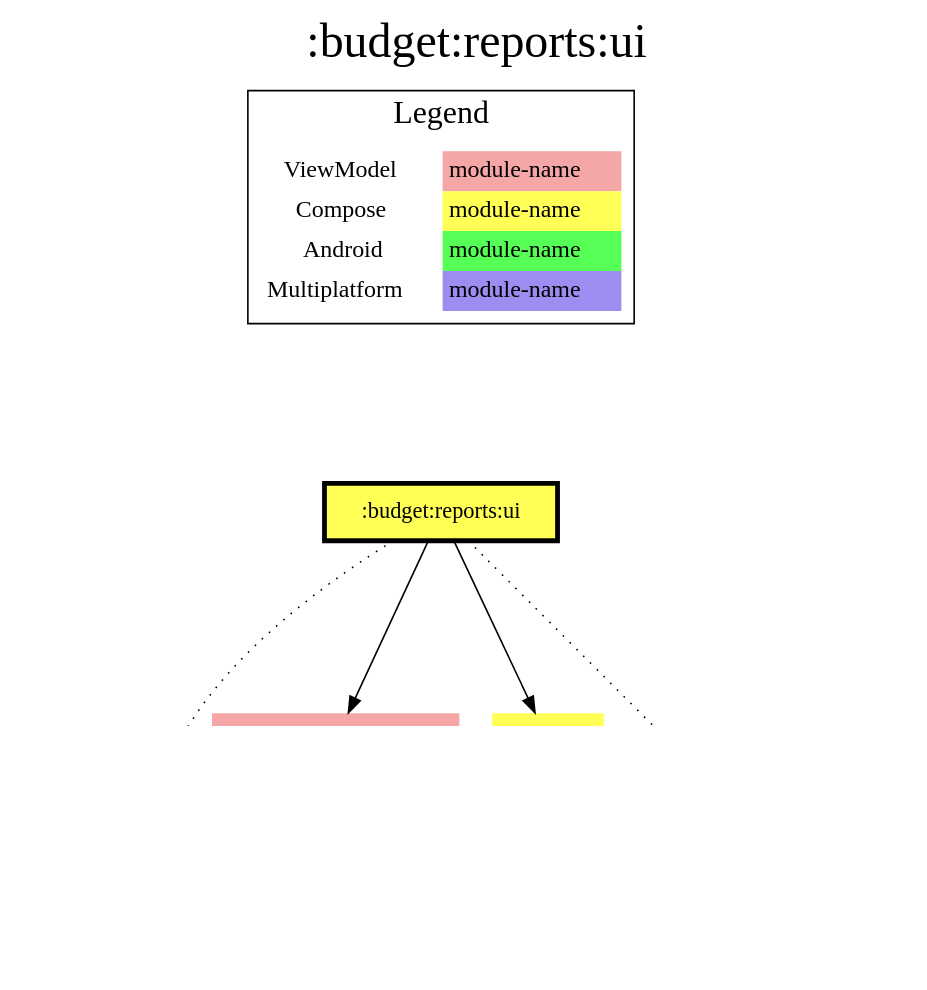
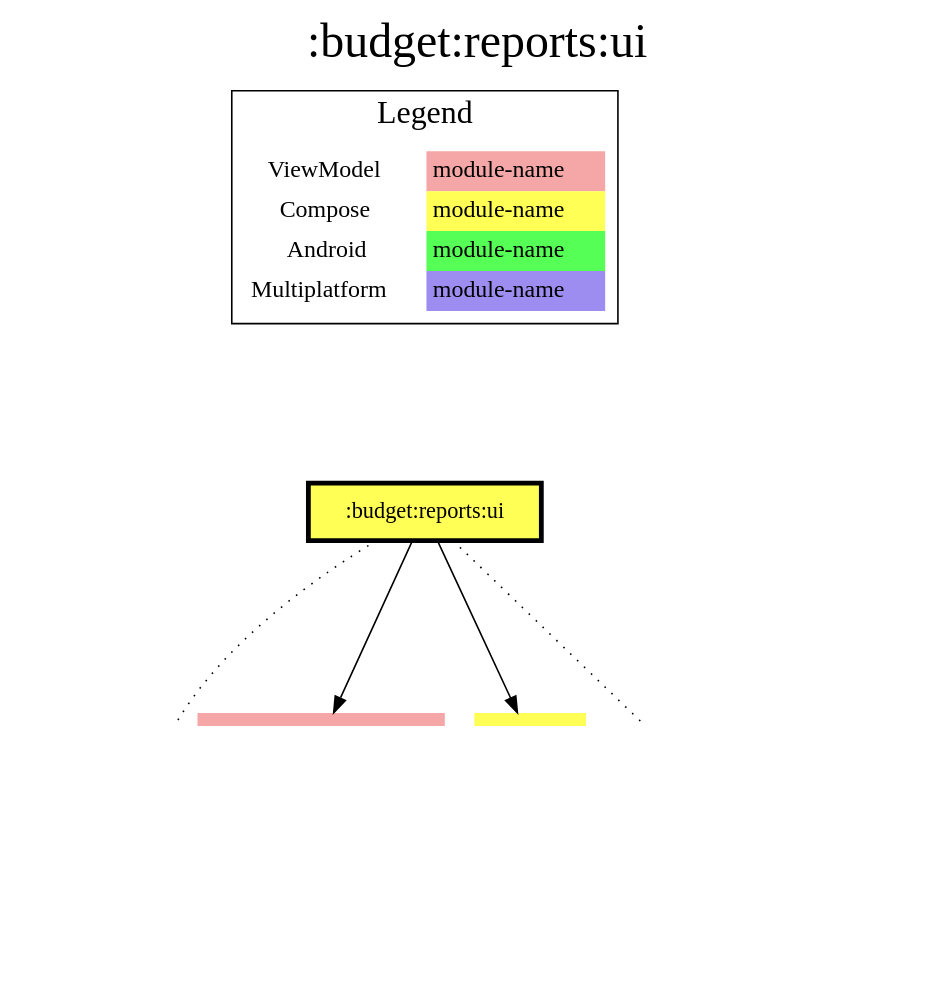
The diagram in modules/budget/reports/ui/modules.dot (jonapoul/aktual), drawn with Graphviz before and after one commit. The commit also changed 35 other files, not shown here.

```diff
--- a/modules/budget/reports/ui/modules.dot
+++ b/modules/budget/reports/ui/modules.dot
@@ -1,40 +1,41 @@
 digraph {
 edge ["dir"="forward"]
 graph ["dpi"="100","label"=":budget:reports:ui","labelloc"="t","fontsize"="30","ranksep"="1.5","rankdir"="TB"]
 node ["style"="filled"]
 ":account:model" ["fillcolor"="#9D8DF1","shape"="none"]
 ":budget:model" ["fillcolor"="#9D8DF1","shape"="none"]
 ":budget:reports:ui" ["fillcolor"="#FFFF55","color"="black","penwidth"="3","shape"="box"]
 ":budget:reports:vm" ["fillcolor"="#F5A6A6","shape"="none"]
 ":core:android" ["fillcolor"="#55FF55","shape"="none"]
 ":core:model" ["fillcolor"="#9D8DF1","shape"="none"]
 ":core:ui" ["fillcolor"="#FFFF55","shape"="none"]
 ":l10n" ["fillcolor"="#9D8DF1","shape"="none"]
 {
 edge ["dir"="none"]
 graph ["rank"="same"]
 ":budget:reports:ui"
 }
 ":budget:reports:ui" -> ":account:model" ["style"="dotted"]
 ":budget:reports:ui" -> ":budget:reports:vm"
 ":budget:reports:ui" -> ":core:ui"
 ":budget:reports:ui" -> ":l10n" ["style"="dotted"]
 ":budget:reports:vm" -> ":account:model" ["style"="dotted"]
 ":budget:reports:vm" -> ":budget:model"
+":budget:reports:vm" -> ":core:model" ["style"="dotted"]
 ":core:ui" -> ":budget:model"
 ":core:ui" -> ":core:android" ["style"="dotted"]
 ":core:ui" -> ":core:model"
 ":core:ui" -> ":l10n" ["style"="dotted"]
 subgraph "cluster_legend" {
 edge ["dir"="none"]
 graph ["label"="Legend","fontsize"="20"]
 "Legend" ["style"="filled","fillcolor"="#FFFFFF","shape"="none","margin"="0","fontsize"="15","label"=<
 <TABLE BORDER="0" CELLBORDER="0" CELLSPACING="0" CELLPADDING="4">
 <TR><TD>ViewModel</TD><TD BGCOLOR="#F5A6A6">module-name</TD></TR>
 <TR><TD>Compose</TD><TD BGCOLOR="#FFFF55">module-name</TD></TR>
 <TR><TD>Android</TD><TD BGCOLOR="#55FF55">module-name</TD></TR>
 <TR><TD>Multiplatform</TD><TD BGCOLOR="#9D8DF1">module-name</TD></TR>
 </TABLE>
 >]
 } -> ":budget:reports:ui" ["style"="invis"]
 }
```
